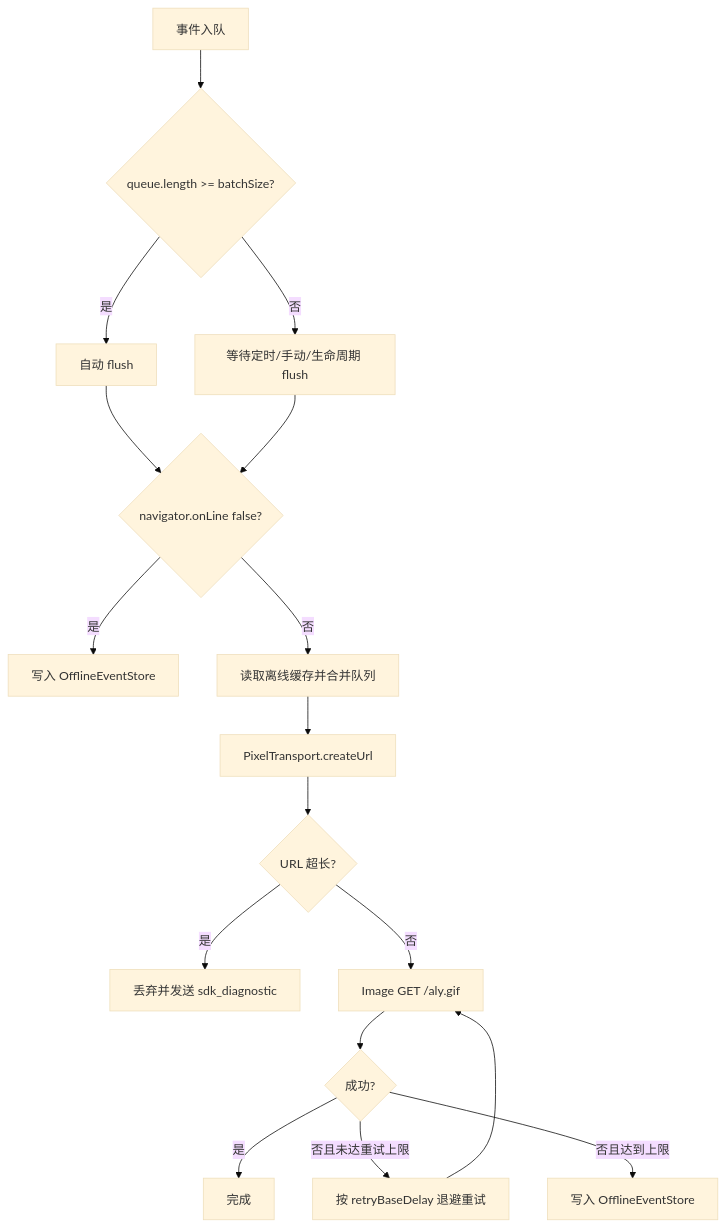
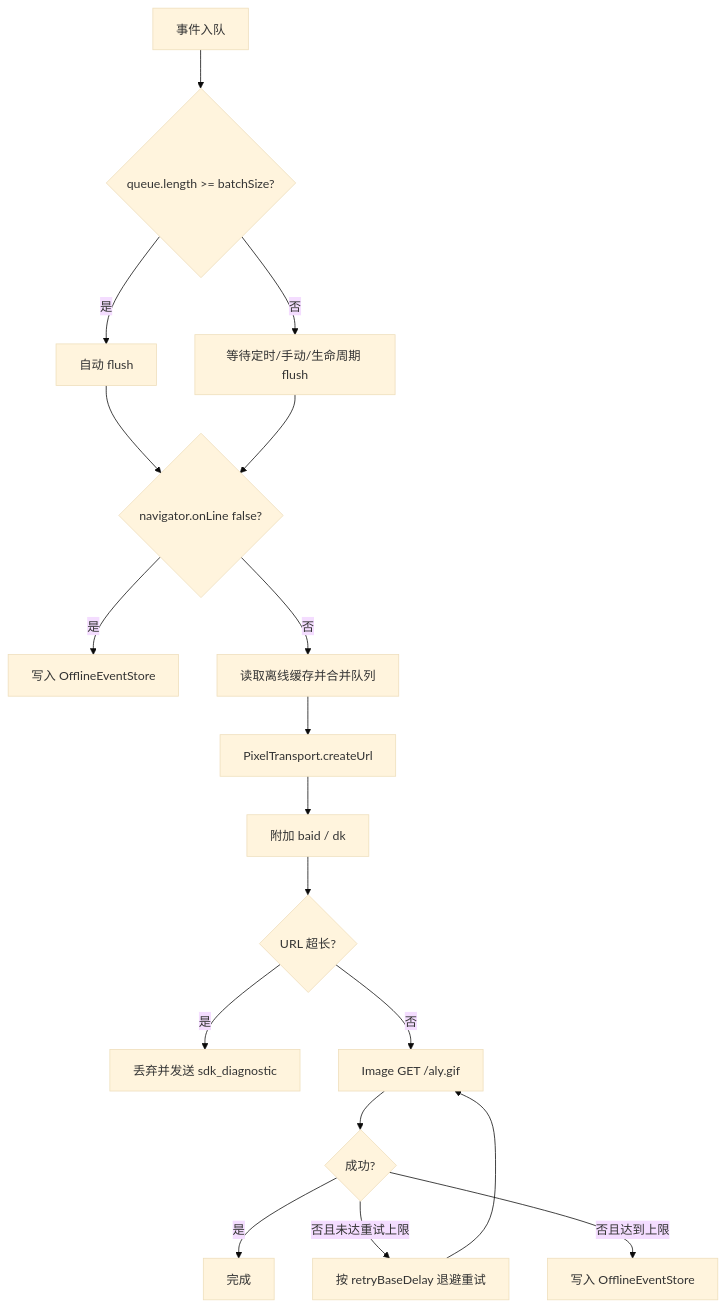
Before and after one commit to chudongsong/custom-sdk: the diagram in docs/sdk/reliable-pixel-transport.md, drawn with Mermaid (base theme). The commit also changed other lines of this file and 10 other files, not shown here.

````diff
--- a/docs/sdk/reliable-pixel-transport.md
+++ b/docs/sdk/reliable-pixel-transport.md
@@ -46,19 +47,20 @@
 ```mermaid
 flowchart TD
   A["事件入队"] --> B{"queue.length >= batchSize?"}
   B -->|是| C["自动 flush"]
   B -->|否| D["等待定时/手动/生命周期 flush"]
   C --> E{"navigator.onLine false?"}
   D --> E
   E -->|是| F["写入 OfflineEventStore"]
   E -->|否| G["读取离线缓存并合并队列"]
   G --> H["PixelTransport.createUrl"]
-  H --> I{"URL 超长?"}
+  H --> H2["附加 baid / dk"]
+  H2 --> I{"URL 超长?"}
   I -->|是| J["丢弃并发送 sdk_diagnostic"]
   I -->|否| K["Image GET /aly.gif"]
   K --> L{"成功?"}
   L -->|是| M["完成"]
   L -->|否且未达重试上限| N["按 retryBaseDelay 退避重试"]
   N --> K
   L -->|否且达到上限| O["写入 OfflineEventStore"]
 ```
````
